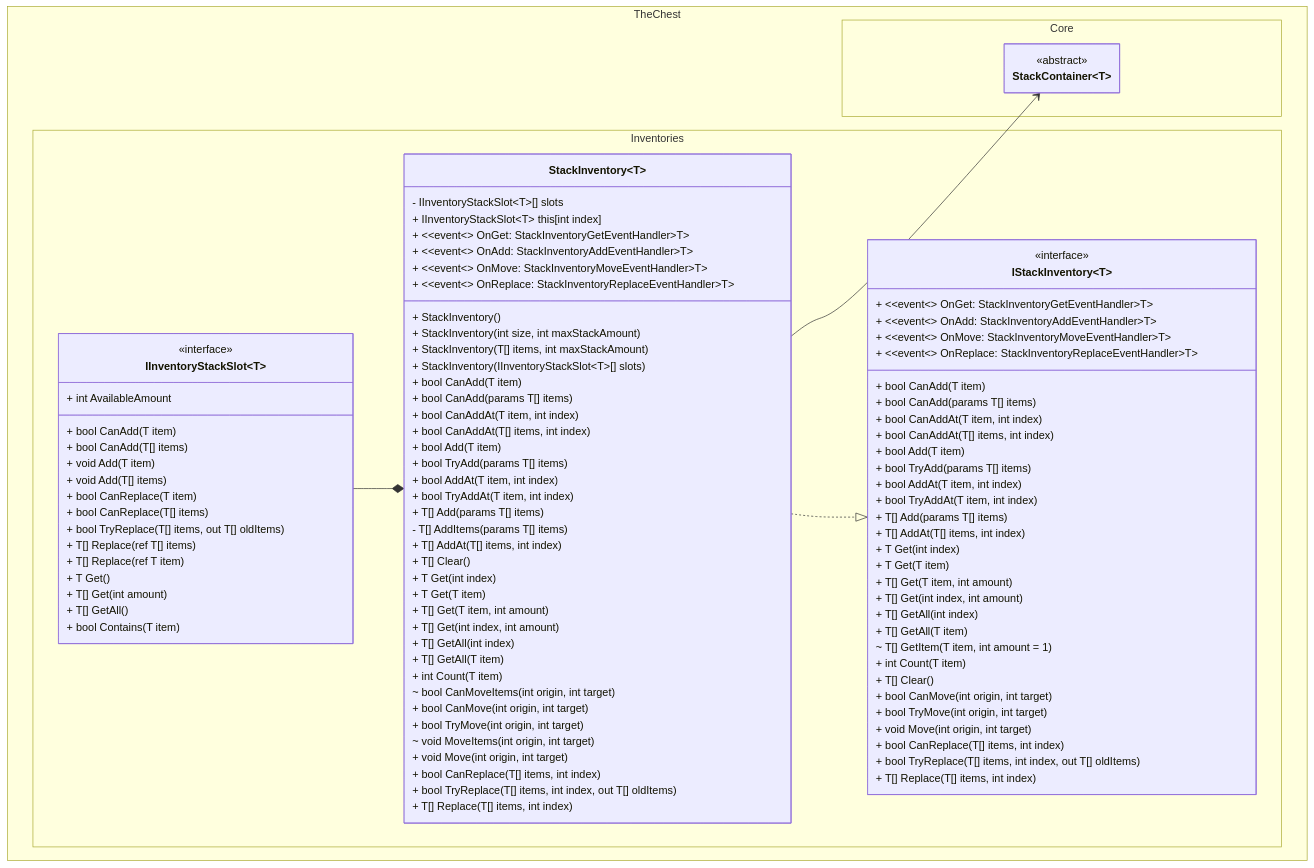
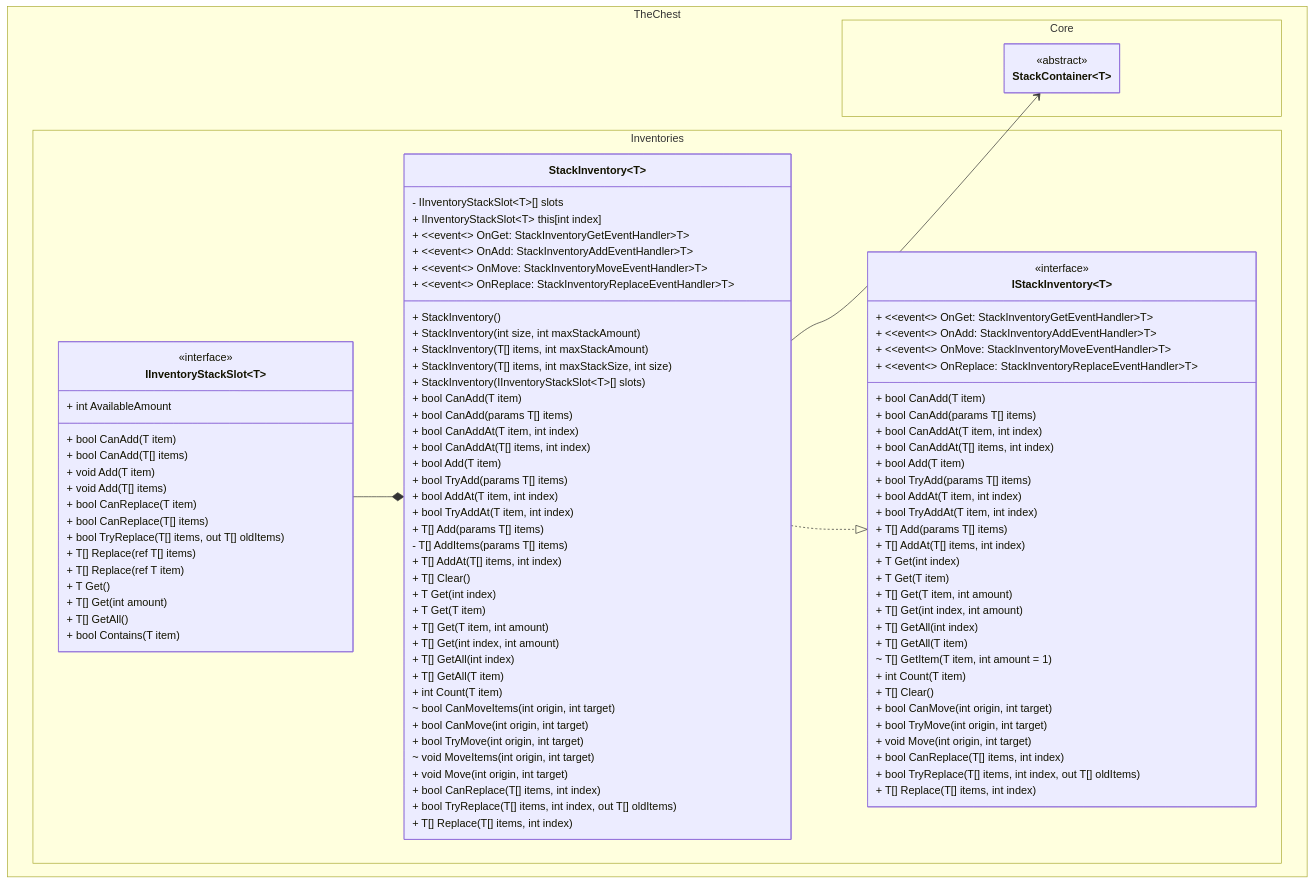
One commit to The-Chest/TheChest.Inventories changed the first of 2 diagrams in docs/stack_inventory/class_diagram.md. Above: the diagram before and after it, drawn with Mermaid. The commit also changed 6 other files, not shown here.

Commit message:
Adds sized StackInventory items constructor

```diff
--- a/docs/stack_inventory/class_diagram.md
+++ b/docs/stack_inventory/class_diagram.md
@@ -24,6 +24,7 @@
             + StackInventory()
             + StackInventory(int size, int maxStackAmount)
             + StackInventory(T[] items, int maxStackAmount)
+            + StackInventory(T[] items, int maxStackSize, int size)
             + StackInventory(IInventoryStackSlot~T~[] slots)
 
 	        + ~~event~~ OnGet: StackInventoryGetEventHandler~T~ 
```
